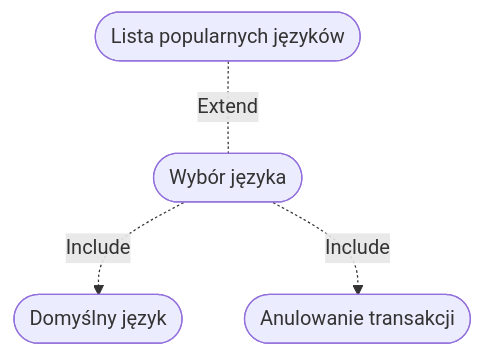
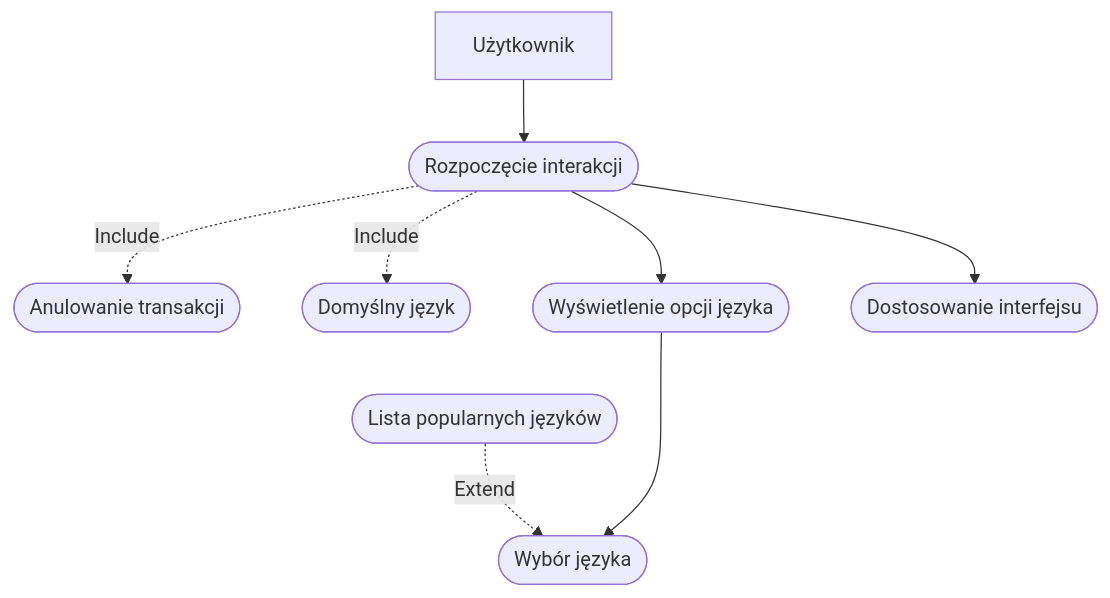
One commit to WGrot/MWO_LAB changed the first of 3 diagrams in userStory.md. Above: the diagram before and after it, drawn with Mermaid.

````diff
--- a/userStory.md
+++ b/userStory.md
@@ -33,11 +33,21 @@
 ```mermaid
 flowchart TD
+    A[Użytkownik]
     D([Anulowanie transakcji])  
     F(["Wybór języka"])
     G(["Domyślny język"])
     H(["Lista popularnych języków"])
+    I(["Rozpoczęcie interakcji"])
+    J([Wyświetlenie opcji języka])
+    K([Dostosowanie interfejsu])
+
    
-    F -.-> |Include|G
-    H <-.- |Extend|F
-    F -.-> |Include|D
+    A --> I
+    I --> J
+    I --> K
+    I -.-> |Include|G
+    H -.-> |Extend|F
+    I -.-> |Include|D
+    J ---> F
+
 ```
````
